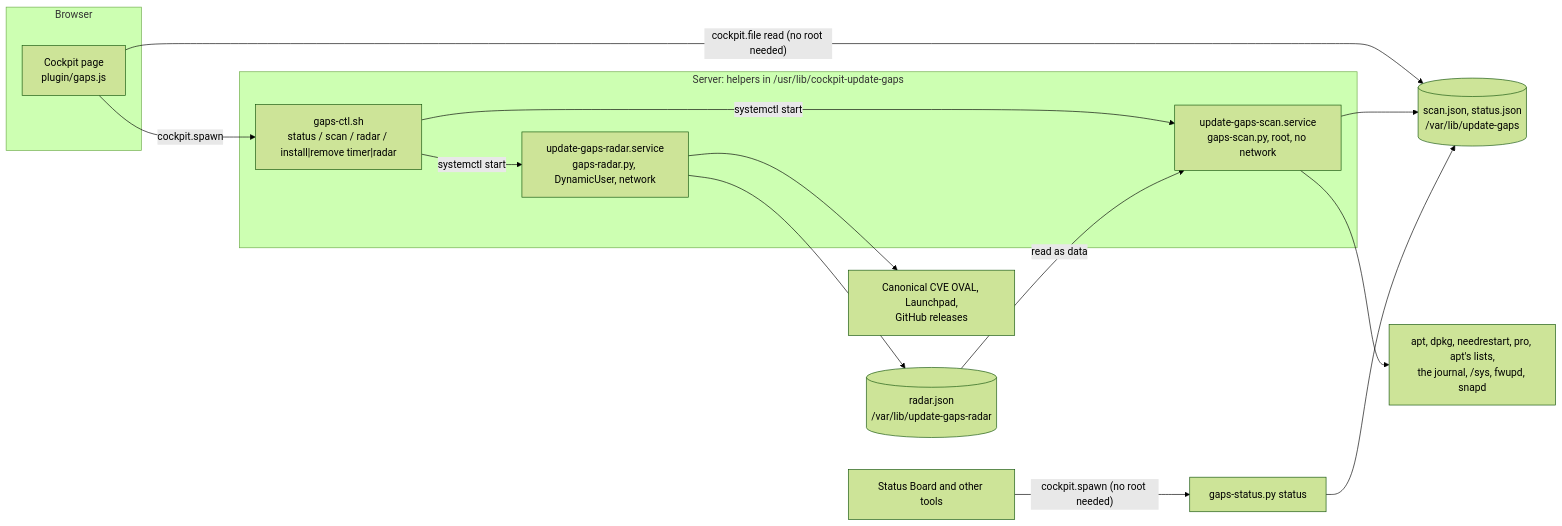
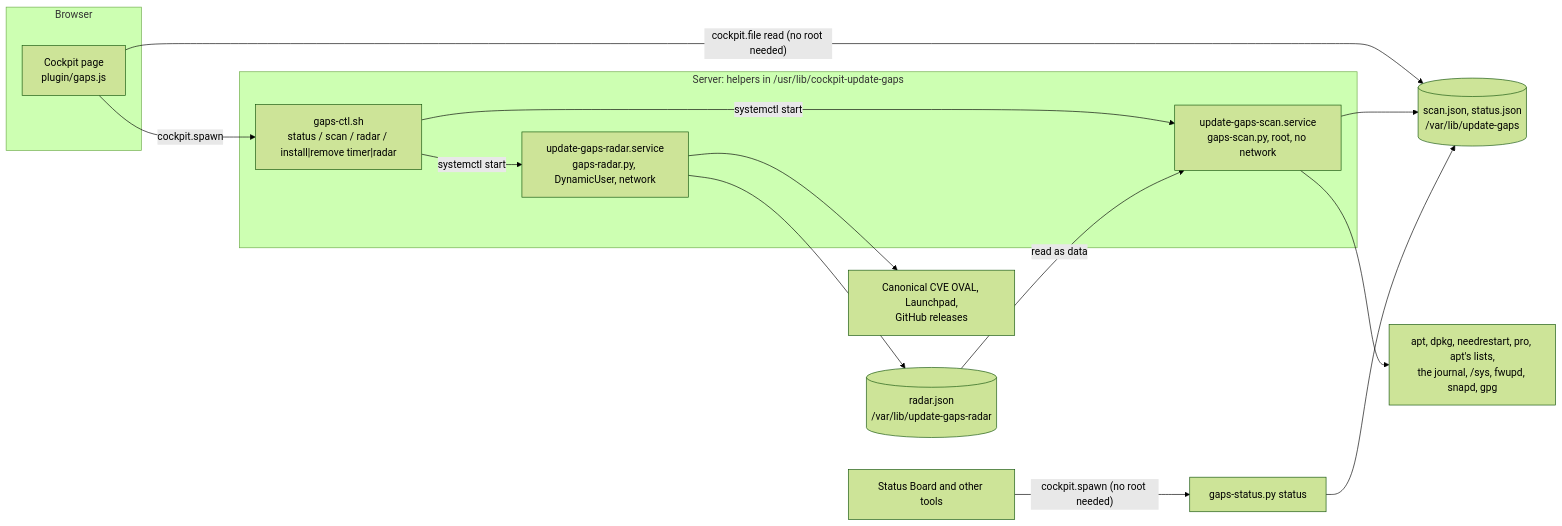
One commit to Azentrius/cockpit-update-gaps changed the diagram in README.md. Above: the diagram before and after it, drawn with Mermaid (forest theme). The commit also changed other lines of this file and 56 other files, not shown here.

````diff
--- a/README.md
+++ b/README.md
@@ -88,28 +95,28 @@
 ```mermaid
 flowchart LR
     subgraph B["Browser"]
         P["Cockpit page<br/>plugin/gaps.js"]
     end
     subgraph H["Server: helpers in /usr/lib/cockpit-update-gaps"]
         CTL["gaps-ctl.sh<br/>status / scan / radar / install|remove timer|radar"]
         SVC["update-gaps-scan.service<br/>gaps-scan.py, root, no network"]
         RAD["update-gaps-radar.service<br/>gaps-radar.py, DynamicUser, network"]
     end
     ST[("scan.json, status.json<br/>/var/lib/update-gaps")]
     RJ[("radar.json<br/>/var/lib/update-gaps-radar")]
-    SYS["apt, dpkg, needrestart, pro, apt's lists,<br/>the journal, /sys, fwupd, snapd"]
+    SYS["apt, dpkg, needrestart, pro, apt's lists,<br/>the journal, /sys, fwupd, snapd, gpg"]
     NET["Canonical CVE OVAL, Launchpad,<br/>GitHub releases"]
     SB["Status Board and other tools"]
     STV["gaps-status.py status"]
     P -->|"cockpit.file read (no root needed)"| ST
     P -->|"cockpit.spawn"| CTL
     CTL -->|"systemctl start"| SVC
     CTL -->|"systemctl start"| RAD
     RAD --> NET
     RAD --> RJ
     RJ -->|"read as data"| SVC
     SVC --> SYS
     SVC --> ST
     SB -->|"cockpit.spawn (no root needed)"| STV
     STV --> ST
 ```
````
